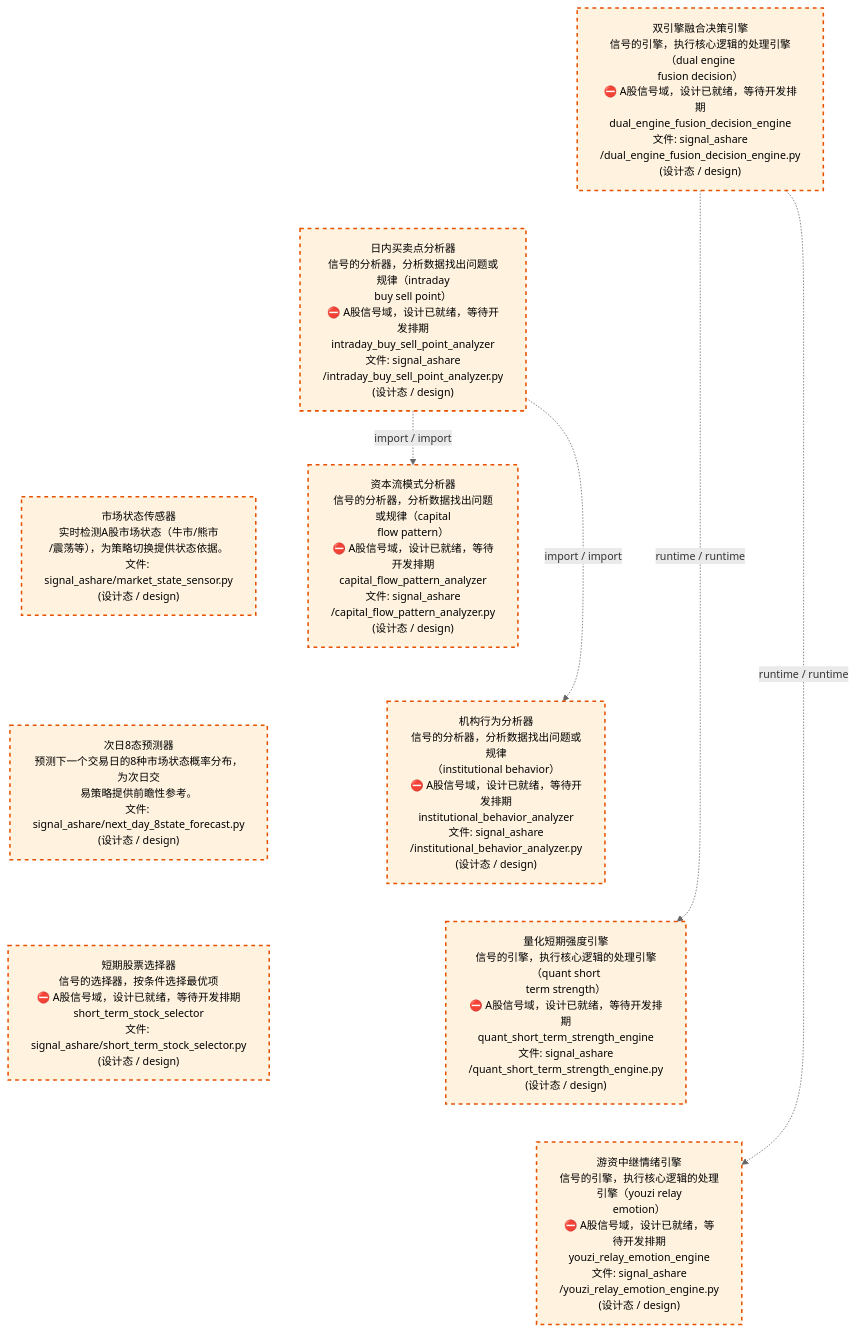
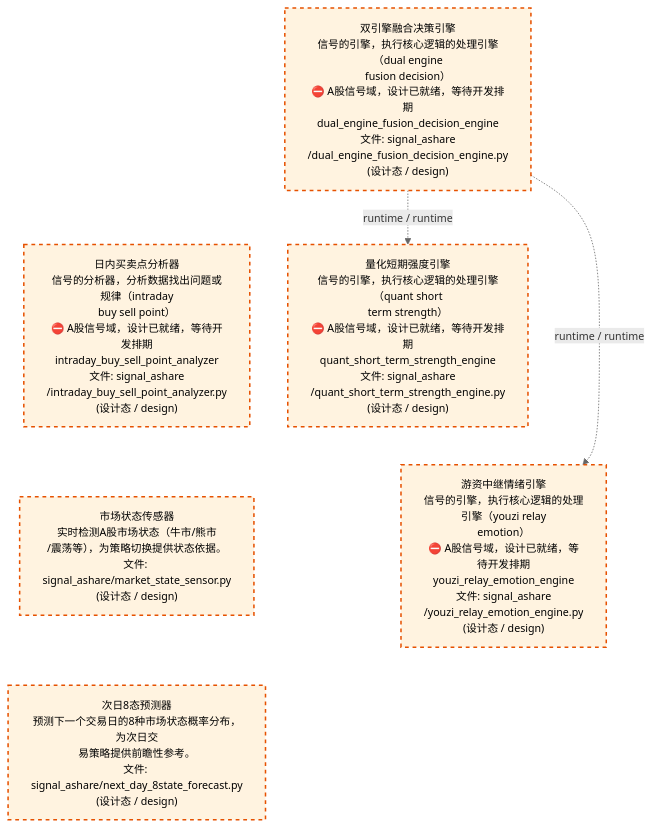
One commit to xuanFelixVan/ZephyrAlpha changed the third of 4 diagrams in docs/02_enterprise_architecture/02_domain_architecture_docs/32_d_ashare_signal.md. Above: the diagram before and after it, drawn with Mermaid. The commit also changed other lines of this file and 44 other files, not shown here.

````diff
--- a/docs/02_enterprise_architecture/02_domain_architecture_docs/32_d_ashare_signal.md
+++ b/docs/02_enterprise_architecture/02_domain_architecture_docs/32_d_ashare_signal.md
@@ -141,29 +147,21 @@
 ```mermaid
 %%{init: {'theme': 'base', 'themeVariables': {'primaryColor': '#eaeaea', 'primaryTextColor': '#333333', 'primaryBorderColor': '#666666', 'lineColor': '#666666', 'secondaryColor': '#eaeaea', 'tertiaryColor': '#eaeaea', 'fontSize': '14px'}}}%%
 flowchart TD
     src_zephyr_signal_ashare_dual_engine_fusion_decision_engine_py["双引擎融合决策引擎<br/>信号的引擎，执行核心逻辑的处理引擎（dual engine<br/>fusion decision）<br/>⛔ A股信号域，设计已就绪，等待开发排期<br/>dual_engine_fusion_decision_engine<br/>文件: signal_ashare<br/>/dual_engine_fusion_decision_engine.py<br/>(设计态 / design)"]
     src_zephyr_signal_ashare_intraday_buy_sell_point_analyzer_py["日内买卖点分析器<br/>信号的分析器，分析数据找出问题或规律（intraday<br/>buy sell point）<br/>⛔ A股信号域，设计已就绪，等待开发排期<br/>intraday_buy_sell_point_analyzer<br/>文件: signal_ashare<br/>/intraday_buy_sell_point_analyzer.py<br/>(设计态 / design)"]
     src_zephyr_signal_ashare_market_state_sensor_py["市场状态传感器<br/>实时检测A股市场状态（牛市/熊市<br/>/震荡等），为策略切换提供状态依据。<br/>文件: signal_ashare/market_state_sensor.py<br/>(设计态 / design)"]
     src_zephyr_signal_ashare_next_day_8state_forecast_py["次日8态预测器<br/>预测下一个交易日的8种市场状态概率分布，为次日交<br/>易策略提供前瞻性参考。<br/>文件: signal_ashare/next_day_8state_forecast.py<br/>(设计态 / design)"]
-    src_zephyr_signal_ashare_short_term_stock_selector_py["短期股票选择器<br/>信号的选择器，按条件选择最优项<br/>⛔ A股信号域，设计已就绪，等待开发排期<br/>short_term_stock_selector<br/>文件: signal_ashare/short_term_stock_selector.py<br/>(设计态 / design)"]
     src_zephyr_signal_ashare_dual_engine_fusion_decision_engine_py ~~~ src_zephyr_signal_ashare_intraday_buy_sell_point_analyzer_py
     src_zephyr_signal_ashare_intraday_buy_sell_point_analyzer_py ~~~ src_zephyr_signal_ashare_market_state_sensor_py
     src_zephyr_signal_ashare_market_state_sensor_py ~~~ src_zephyr_signal_ashare_next_day_8state_forecast_py
-    src_zephyr_signal_ashare_next_day_8state_forecast_py ~~~ src_zephyr_signal_ashare_short_term_stock_selector_py
-    src_zephyr_signal_ashare_capital_flow_pattern_analyzer_py["资本流模式分析器<br/>信号的分析器，分析数据找出问题或规律（capital<br/>flow pattern）<br/>⛔ A股信号域，设计已就绪，等待开发排期<br/>capital_flow_pattern_analyzer<br/>文件: signal_ashare<br/>/capital_flow_pattern_analyzer.py<br/>(设计态 / design)"]
-    src_zephyr_signal_ashare_institutional_behavior_analyzer_py["机构行为分析器<br/>信号的分析器，分析数据找出问题或规律<br/>（institutional behavior）<br/>⛔ A股信号域，设计已就绪，等待开发排期<br/>institutional_behavior_analyzer<br/>文件: signal_ashare<br/>/institutional_behavior_analyzer.py<br/>(设计态 / design)"]
     src_zephyr_signal_ashare_quant_short_term_strength_engine_py["量化短期强度引擎<br/>信号的引擎，执行核心逻辑的处理引擎（quant short<br/>term strength）<br/>⛔ A股信号域，设计已就绪，等待开发排期<br/>quant_short_term_strength_engine<br/>文件: signal_ashare<br/>/quant_short_term_strength_engine.py<br/>(设计态 / design)"]
     src_zephyr_signal_ashare_youzi_relay_emotion_engine_py["游资中继情绪引擎<br/>信号的引擎，执行核心逻辑的处理引擎（youzi relay<br/>emotion）<br/>⛔ A股信号域，设计已就绪，等待开发排期<br/>youzi_relay_emotion_engine<br/>文件: signal_ashare<br/>/youzi_relay_emotion_engine.py<br/>(设计态 / design)"]
-    src_zephyr_signal_ashare_capital_flow_pattern_analyzer_py ~~~ src_zephyr_signal_ashare_institutional_behavior_analyzer_py
-    src_zephyr_signal_ashare_institutional_behavior_analyzer_py ~~~ src_zephyr_signal_ashare_quant_short_term_strength_engine_py
     src_zephyr_signal_ashare_quant_short_term_strength_engine_py ~~~ src_zephyr_signal_ashare_youzi_relay_emotion_engine_py
-    src_zephyr_signal_ashare_intraday_buy_sell_point_analyzer_py -.->|import / import| src_zephyr_signal_ashare_institutional_behavior_analyzer_py
-    src_zephyr_signal_ashare_intraday_buy_sell_point_analyzer_py -.->|import / import| src_zephyr_signal_ashare_capital_flow_pattern_analyzer_py
     src_zephyr_signal_ashare_dual_engine_fusion_decision_engine_py -.->|runtime / runtime| src_zephyr_signal_ashare_youzi_relay_emotion_engine_py
     src_zephyr_signal_ashare_dual_engine_fusion_decision_engine_py -.->|runtime / runtime| src_zephyr_signal_ashare_quant_short_term_strength_engine_py
     classDef production fill:#e1f5fe,stroke:#01579b,stroke-width:2px,color:#000
     classDef design fill:#fff3e0,stroke:#e65100,stroke-width:2px,color:#000,stroke-dasharray: 5 5
     classDef external_prod fill:#e8f4fd,stroke:#0277bd,stroke-width:1px,color:#000
     classDef external_design fill:#fff8e7,stroke:#ef6c00,stroke-width:1px,color:#000,stroke-dasharray: 5 5
-    class src_zephyr_signal_ashare_capital_flow_pattern_analyzer_py,src_zephyr_signal_ashare_dual_engine_fusion_decision_engine_py,src_zephyr_signal_ashare_institutional_behavior_analyzer_py,src_zephyr_signal_ashare_intraday_buy_sell_point_analyzer_py,src_zephyr_signal_ashare_market_state_sensor_py,src_zephyr_signal_ashare_next_day_8state_forecast_py,src_zephyr_signal_ashare_quant_short_term_strength_engine_py,src_zephyr_signal_ashare_short_term_stock_selector_py,src_zephyr_signal_ashare_youzi_relay_emotion_engine_py design
+    class src_zephyr_signal_ashare_dual_engine_fusion_decision_engine_py,src_zephyr_signal_ashare_intraday_buy_sell_point_analyzer_py,src_zephyr_signal_ashare_market_state_sensor_py,src_zephyr_signal_ashare_next_day_8state_forecast_py,src_zephyr_signal_ashare_quant_short_term_strength_engine_py,src_zephyr_signal_ashare_youzi_relay_emotion_engine_py design
 ```
````
